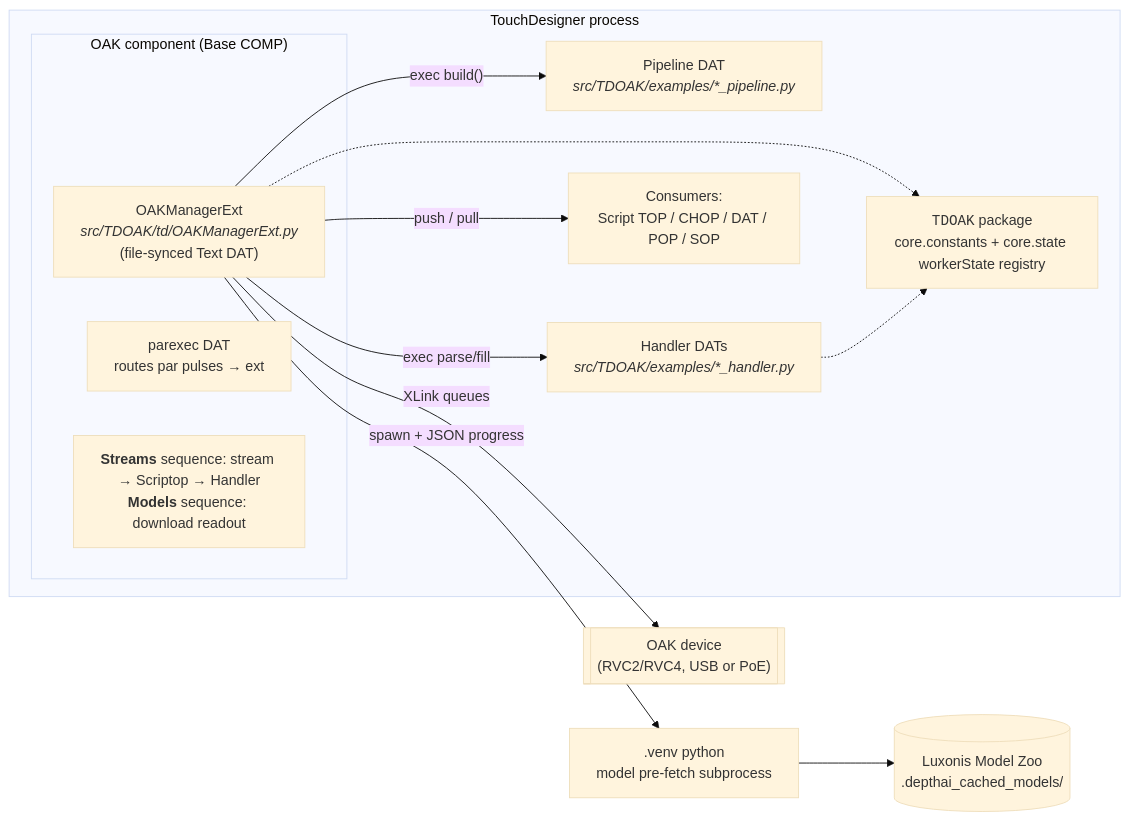
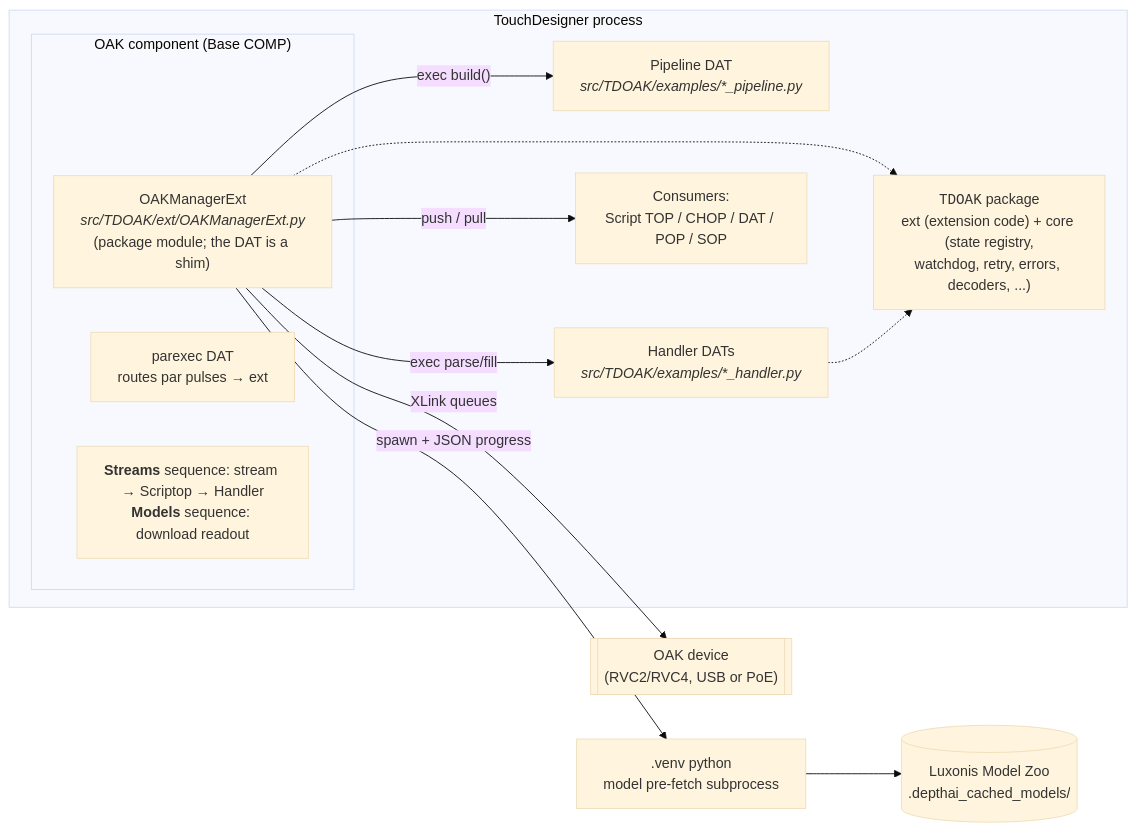
Before and after one commit to TouchDesigner/TDOAK: the first of 4 diagrams in docs/ARCHITECTURE.md, drawn with Mermaid (base theme). The commit also changed other lines of this file and 47 other files, not shown here.

````diff
--- a/docs/ARCHITECTURE.md
+++ b/docs/ARCHITECTURE.md
@@ -21,26 +21,26 @@
 ```mermaid
 flowchart LR
     subgraph TDPROC["TouchDesigner process"]
         subgraph COMP["OAK component  (Base COMP)"]
-            EXT["OAKManagerExt<br/><i>src/TDOAK/td/OAKManagerExt.py</i><br/>(file-synced Text DAT)"]
+            EXT["OAKManagerExt<br/><i>src/TDOAK/ext/OAKManagerExt.py</i><br/>(package module; the DAT is a shim)"]
             PAREXEC["parexec DAT<br/>routes par pulses → ext"]
             SEQ["<b>Streams</b> sequence: stream → Scriptop → Handler<br/><b>Models</b> sequence: download readout"]
         end
         PDAT["Pipeline DAT<br/><i>src/TDOAK/examples/*_pipeline.py</i>"]
         HDAT["Handler DATs<br/><i>src/TDOAK/examples/*_handler.py</i>"]
         OPS["Consumers:<br/>Script TOP / CHOP / DAT / POP / SOP"]
-        PKG["<code>TDOAK</code> package<br/>core.constants + core.state workerState registry"]
+        PKG["<code>TDOAK</code> package<br/>ext (extension code) + core (state registry,<br/>watchdog, retry, errors, decoders, ...)"]
     end
     VENV[".venv python<br/>model pre-fetch subprocess"]
     ZOO[("Luxonis Model Zoo<br/>.depthai_cached_models/")]
     DEV[["OAK device<br/>(RVC2/RVC4, USB or PoE)"]]
 
     EXT -- "exec build()" --> PDAT
     EXT -- "exec parse/fill" --> HDAT
     EXT -- "push / pull" --> OPS
     EXT -- "XLink queues" --> DEV
     EXT -- "spawn + JSON progress" --> VENV
     VENV --> ZOO
     EXT -.-> PKG
     HDAT -.-> PKG
 ```
````
